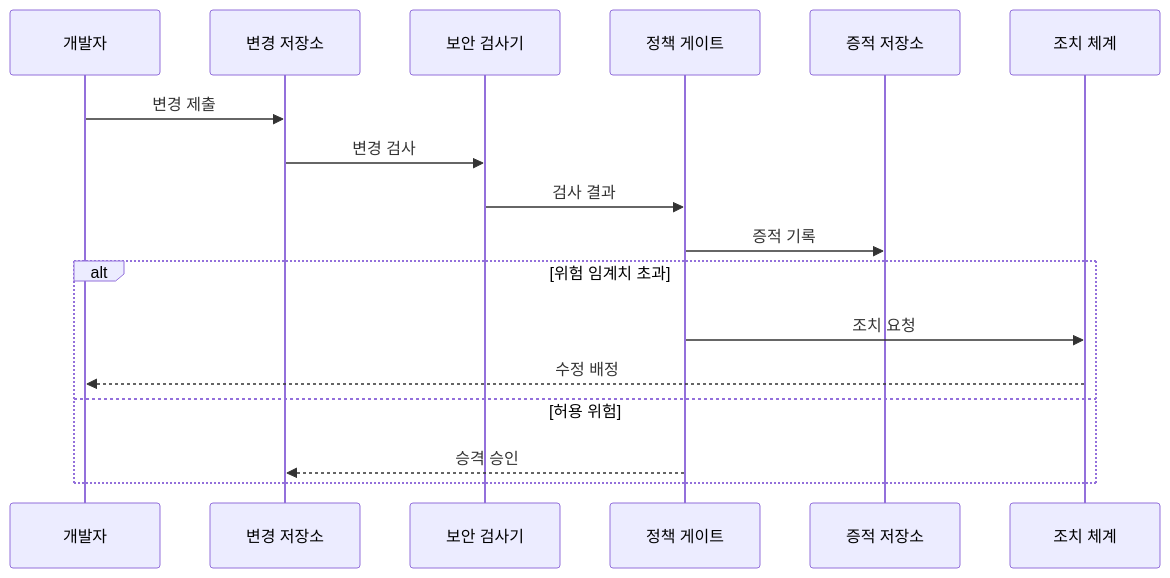
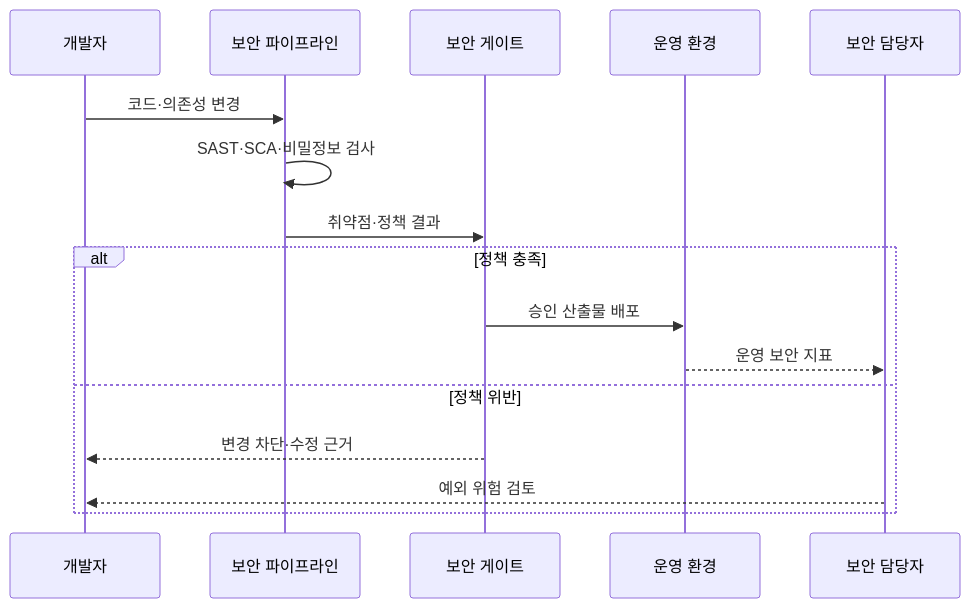
One commit to agnusdei1207/knowledge-base changed the second of 2 diagrams in src/content/docs/notes/03-software/057_devsecops.md. Above: the diagram before and after it, drawn with Mermaid. The commit also changed other lines of this file and 7 other files, not shown here.

````diff
--- a/src/content/docs/notes/03-software/057_devsecops.md
+++ b/src/content/docs/notes/03-software/057_devsecops.md
@@ -92,19 +82,18 @@
 ```mermaid
 sequenceDiagram
     participant D as 개발자
-    participant R as 변경 저장소
-    participant S as 보안 검사기
-    participant G as 정책 게이트
-    participant E as 증적 저장소
-    participant A as 조치 체계
-    D->>R: 변경 제출
-    R->>S: 변경 검사
-    S->>G: 검사 결과
-    G->>E: 증적 기록
-    alt 위험 임계치 초과
-        G->>A: 조치 요청
-        A-->>D: 수정 배정
-    else 허용 위험
-        G-->>R: 승격 승인
+    participant P as 보안 파이프라인
+    participant G as 보안 게이트
+    participant E as 운영 환경
+    participant S as 보안 담당자
+    D->>P: 코드·의존성 변경
+    P->>P: SAST·SCA·비밀정보 검사
+    P->>G: 취약점·정책 결과
+    alt 정책 충족
+        G->>E: 승인 산출물 배포
+        E-->>S: 운영 보안 지표
+    else 정책 위반
+        G-->>D: 변경 차단·수정 근거
+        S-->>D: 예외 위험 검토
     end
 ```
````
